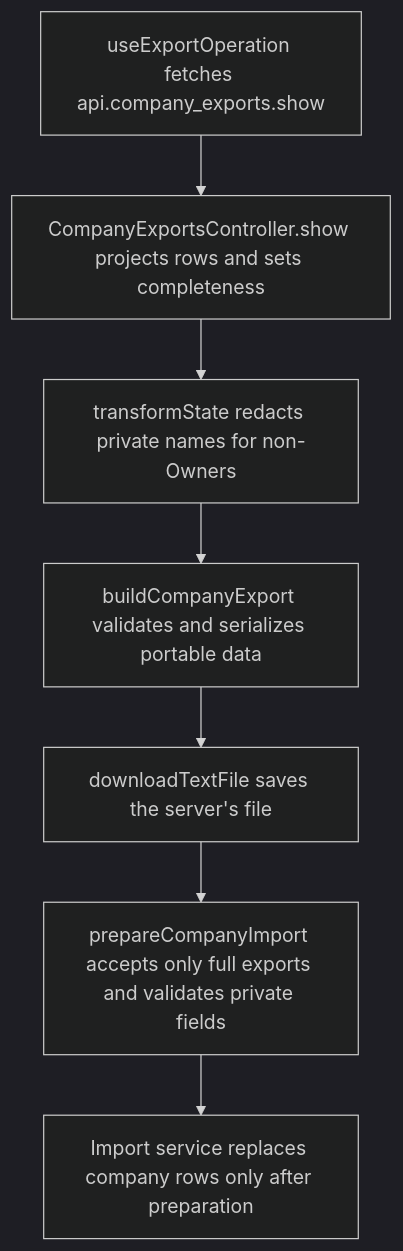
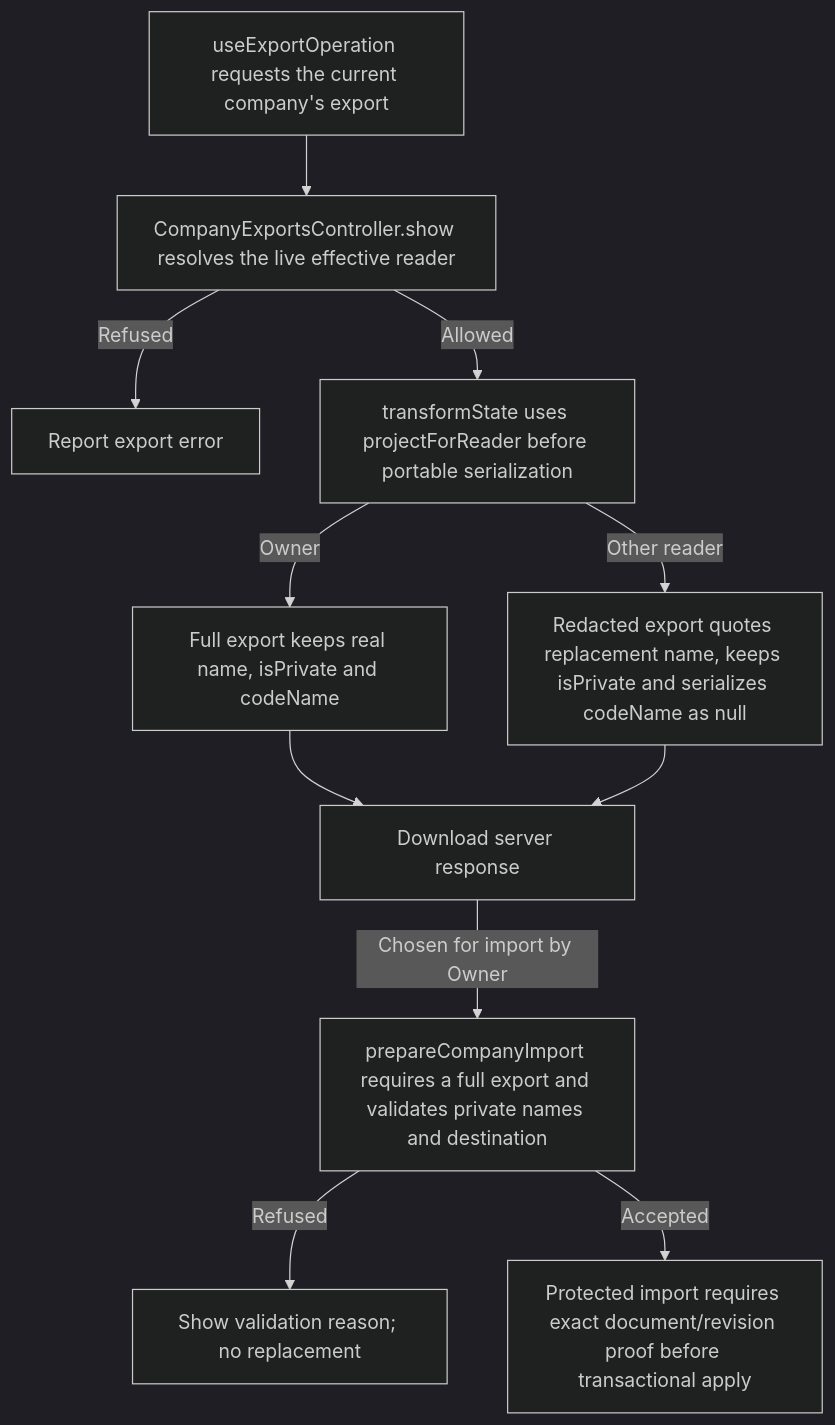
One commit to Kevinjohn/capacitylens changed the second of 2 diagrams in user-stories/data/US-DAT-07-private-name-portability.md. Above: the diagram before and after it, drawn with Mermaid (dark theme). The commit also changed other lines of this file and 172 other files, not shown here.

Commit message:
docs: reconcile user story code flows with source

````diff
--- a/user-stories/data/US-DAT-07-private-name-portability.md
+++ b/user-stories/data/US-DAT-07-private-name-portability.md
@@ -29,9 +29,13 @@
 ```mermaid
 flowchart TD
-  fetch["useExportOperation fetches api.company_exports.show"] --> role["CompanyExportsController.show projects rows and sets completeness"]
-  role --> project["transformState redacts private names for non-Owners"]
-  project --> beta["buildCompanyExport validates and serializes portable data"]
-  beta --> file["downloadTextFile saves the server's file"]
-  file --> import["prepareCompanyImport accepts only full exports and validates private fields"]
-  import --> replace["Import service replaces company rows only after preparation"]
+  fetch["useExportOperation requests the current company's export"] --> access["CompanyExportsController.show resolves the live effective reader"]
+  access -->|Refused| error["Report export error"]
+  access -->|Allowed| project["transformState uses projectForReader before portable serialization"]
+  project -->|Owner| full["Full export keeps real name, isPrivate and codeName"]
+  project -->|Other reader| redact["Redacted export quotes replacement name, keeps isPrivate and serializes codeName as null"]
+  full --> file["Download server response"]
+  redact --> file
+  file -->|Chosen for import by Owner| preview["prepareCompanyImport requires a full export and validates private names and destination"]
+  preview -->|Refused| invalid["Show validation reason; no replacement"]
+  preview -->|Accepted| boundary["Protected import requires exact document/revision proof before transactional apply"]
 ```
````
